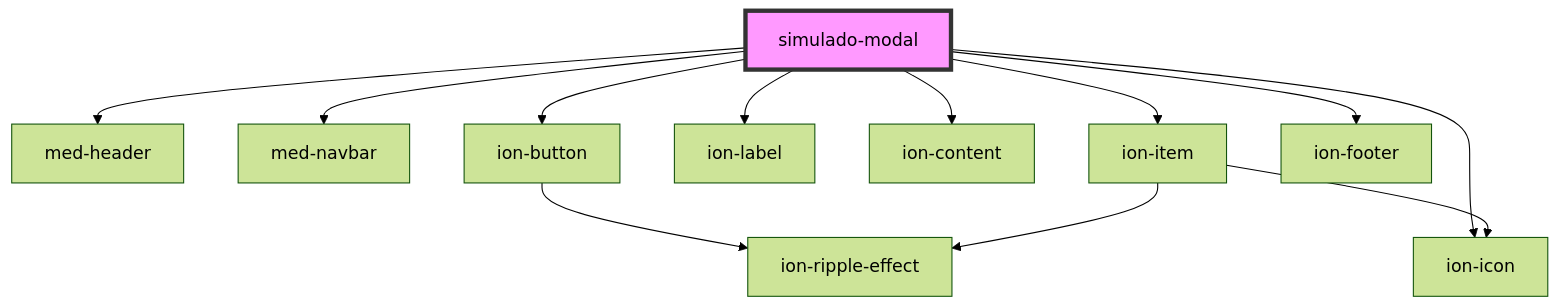
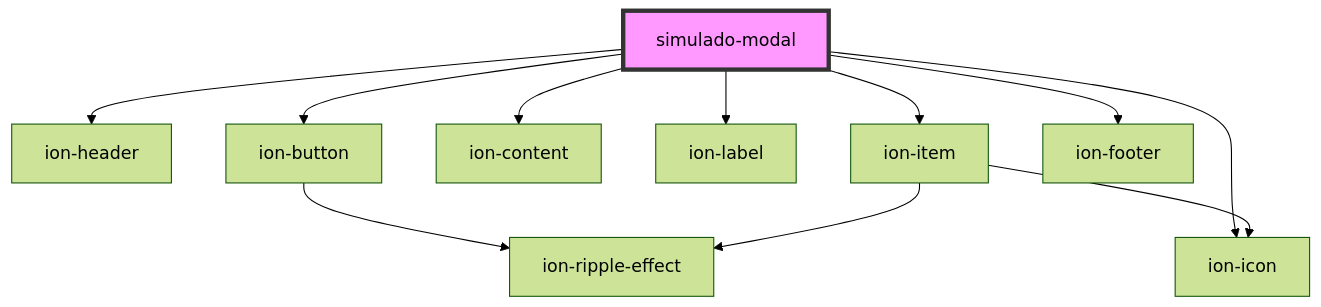
The diagram in core/src/components/@templarios/ionic-1-migracao/duvidas-academicas/simulado-modal/readme.md (MEDGRUPOGIT/ionic-framework-1), drawn with Mermaid (forest theme) before and after one commit. The commit also changed other lines of this file and 19 other files, not shown here.

````diff
--- a/core/src/components/@templarios/ionic-1-migracao/duvidas-academicas/simulado-modal/readme.md
+++ b/core/src/components/@templarios/ionic-1-migracao/duvidas-academicas/simulado-modal/readme.md
@@ -22,15 +21,14 @@
 ```mermaid
 graph TD;
-  simulado-modal --> med-header
-  simulado-modal --> med-navbar
+  simulado-modal --> ion-header
   simulado-modal --> ion-button
   simulado-modal --> ion-icon
+  simulado-modal --> ion-content
   simulado-modal --> ion-label
-  simulado-modal --> ion-content
   simulado-modal --> ion-item
   simulado-modal --> ion-footer
   ion-button --> ion-ripple-effect
   ion-item --> ion-icon
   ion-item --> ion-ripple-effect
   style simulado-modal fill:#f9f,stroke:#333,stroke-width:4px
 ```
````
